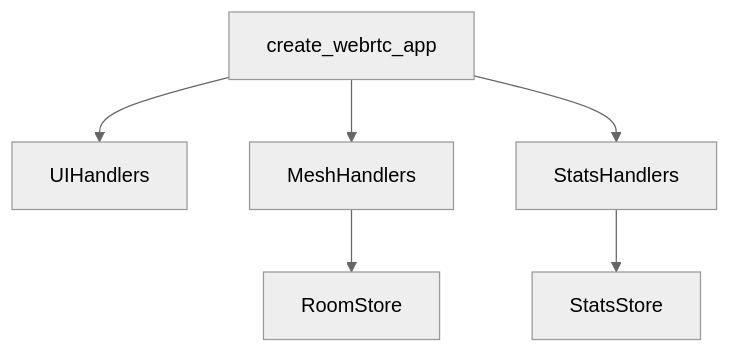
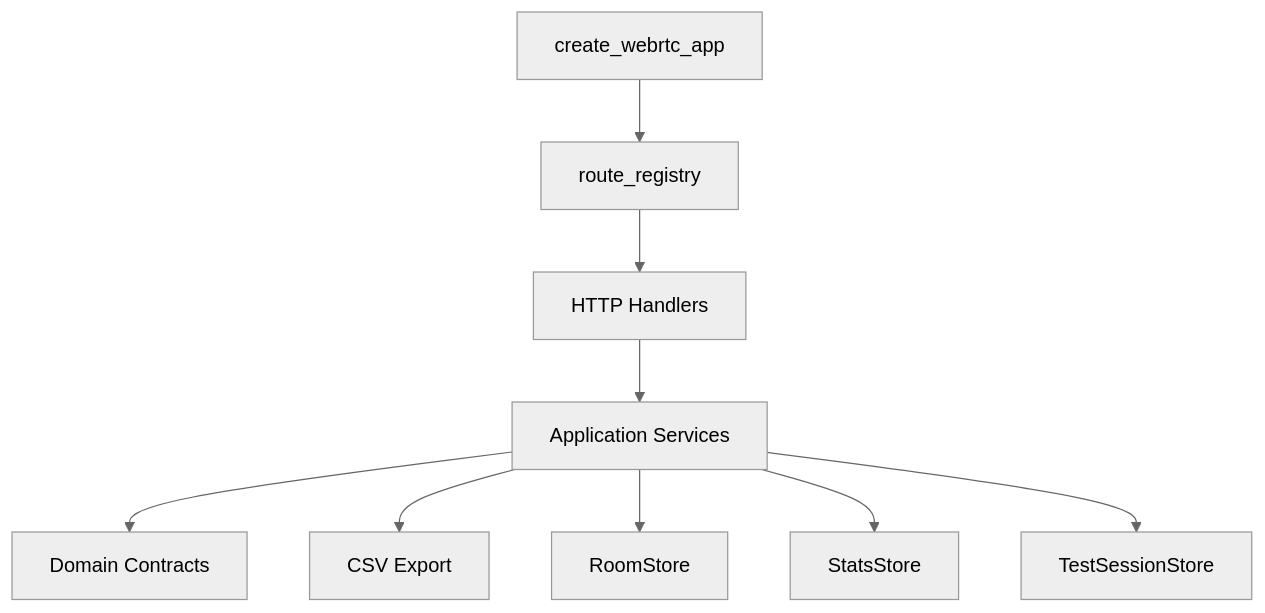
Before and after one commit to kaysono0/RTCTraining: the second of 9 diagrams in docs/RTCTraining_前后端设计说明.md, drawn with Mermaid (neutral theme). The commit also changed other lines of this file, not shown here.

Commit message:
docs: update frontend backend architecture guide

````diff
--- a/docs/RTCTraining_前后端设计说明.md
+++ b/docs/RTCTraining_前后端设计说明.md
@@ -64,15 +79,21 @@
 ```mermaid
 flowchart TB
   App[create_webrtc_app]
-  UI[UIHandlers]
-  Mesh[MeshHandlers]
-  StatsHandlers[StatsHandlers]
+  Routes[route_registry]
+  Handlers[HTTP Handlers]
+  Services[Application Services]
+  Domain[Domain Contracts]
+  Exports[CSV Export]
   RoomStore[RoomStore]
   StatsStore[StatsStore]
+  TestSessionStore[TestSessionStore]
 
-  App --> UI
-  App --> Mesh
-  App --> StatsHandlers
-  Mesh --> RoomStore
-  StatsHandlers --> StatsStore
+  App --> Routes
+  Routes --> Handlers
+  Handlers --> Services
+  Services --> Domain
+  Services --> Exports
+  Services --> RoomStore
+  Services --> StatsStore
+  Services --> TestSessionStore
 ```
````
